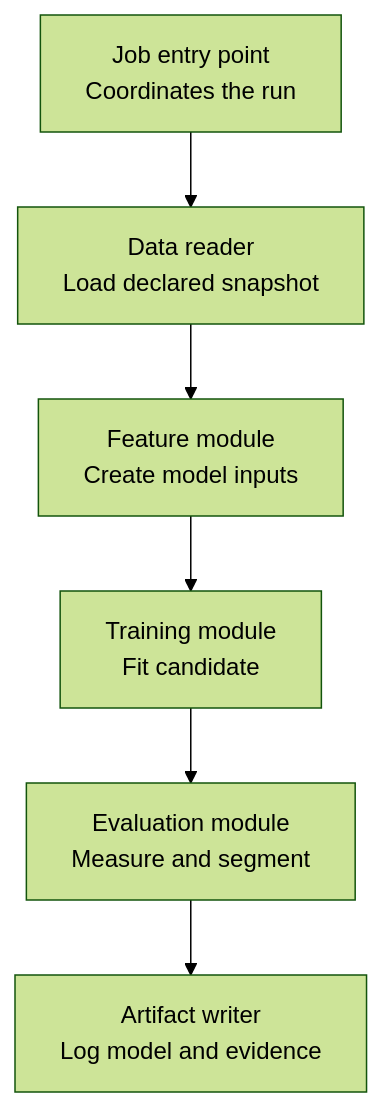
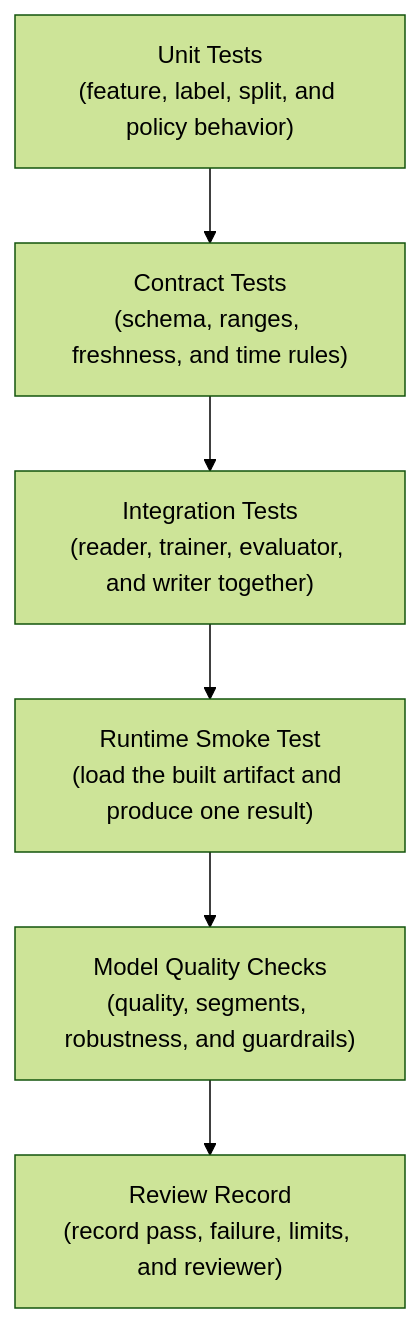
The third of 6 diagrams in roadmaps/mlops/modules/mlops-foundations/teams-and-workflow/02-notebook-to-production-workflow.md (senlinyy/dev-roadmaps), drawn with Mermaid (forest theme) before and after one commit. The commit also changed other lines of this file and 152 other files, not shown here.

Commit message:
feat: mlops and diagrams updated

````diff
--- a/roadmaps/mlops/modules/mlops-foundations/teams-and-workflow/02-notebook-to-production-workflow.md
+++ b/roadmaps/mlops/modules/mlops-foundations/teams-and-workflow/02-notebook-to-production-workflow.md
@@ -134,8 +313,12 @@
 ```mermaid
 flowchart TD
-    A["Data reader<br/>Load declared snapshot"] --> B["Feature module<br/>Create model inputs"]
-    B --> C["Training module<br/>Fit candidate"]
-    C --> D["Evaluation module<br/>Measure and segment"]
-    D --> E["Artifact writer<br/>Log model and evidence"]
-    F["Job entry point<br/>Coordinates the run"] --> A
+    A["Unit Tests<br/>(feature, label, split, and policy behavior)"] --> B["Contract Tests<br/>(schema, ranges, freshness, and time rules)"]
+    B --> C["Integration Tests<br/>(reader, trainer, evaluator, and writer together)"]
+    C --> D["Runtime Smoke Test<br/>(load the built artifact and produce one result)"]
+    D --> E["Model Quality Checks<br/>(quality, segments, robustness, and guardrails)"]
+    E --> F["Review Record<br/>(record pass, failure, limits, and reviewer)"]
+
+    class A,B fast;
+    class C,D connected;
+    class E,F decision;
 ```
````
